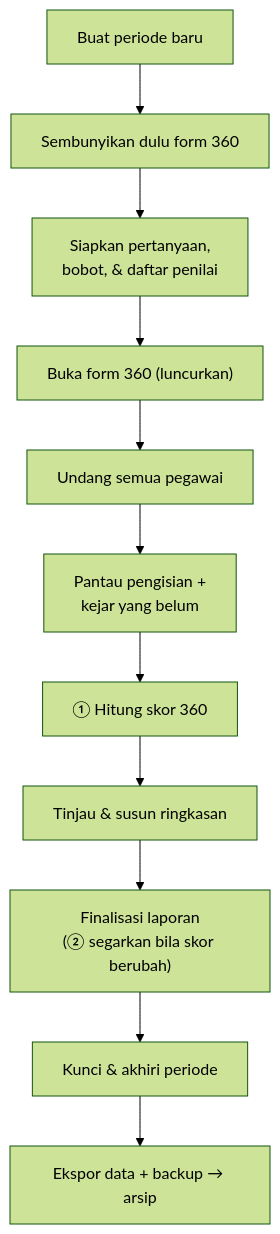
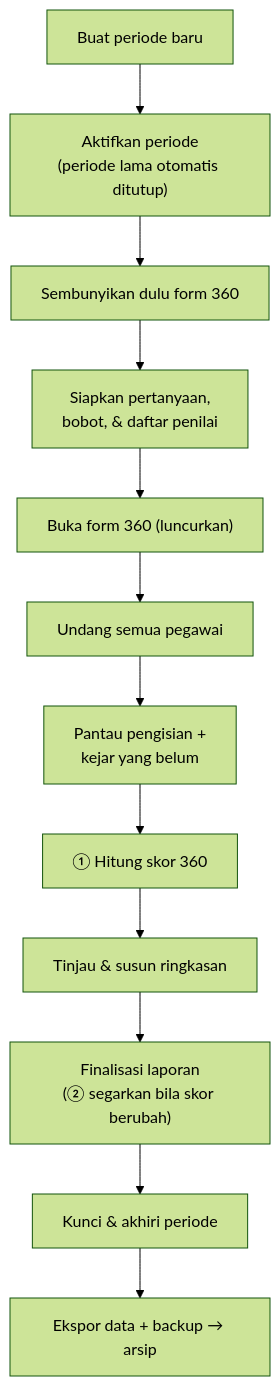
Before and after one commit to infarmcorp/infarm-360: the diagram in docs/panduan/sop/SOP-SIKLUS-PERIODE.md, drawn with Mermaid (forest theme). The commit also changed 1 other file, not shown here.

Commit message:
docs(sop): perjelas langkah atasan vs koordinator (Pegawai Baru) + Aktivasi (Siklus)
- Pegawai Baru: atasan/SPV DILEBUR ke node 'Buat akun' (sudah diisi di A1) — hapus
  node 'Atur atasan' yg rancu; koordinator jadi cabang bersyarat terpisah. Rinci
  langkah C (atasan vs koordinator) + renumber D/E + checklist selaras.
- Siklus Periode: tambah node 'Aktifkan periode' (sebelum Set Tanpa 360°).

````diff
--- a/docs/panduan/sop/SOP-SIKLUS-PERIODE.md
+++ b/docs/panduan/sop/SOP-SIKLUS-PERIODE.md
@@ -17,13 +17,14 @@
 ```mermaid
 flowchart TD
-    A["Buat periode baru"] --> B["Sembunyikan dulu form 360"]
+    A["Buat periode baru"] --> A2["Aktifkan periode<br/>(periode lama otomatis ditutup)"]
+    A2 --> B["Sembunyikan dulu form 360"]
     B --> C["Siapkan pertanyaan,<br/>bobot, & daftar penilai"]
     C --> D["Buka form 360 (luncurkan)"]
     D --> E["Undang semua pegawai"]
     E --> F["Pantau pengisian +<br/>kejar yang belum"]
     F --> G["① Hitung skor 360"]
     G --> H["Tinjau & susun ringkasan"]
     H --> I["Finalisasi laporan<br/>(② segarkan bila skor berubah)"]
     I --> J["Kunci & akhiri periode"]
     J --> K["Ekspor data + backup → arsip"]
 ```
````
